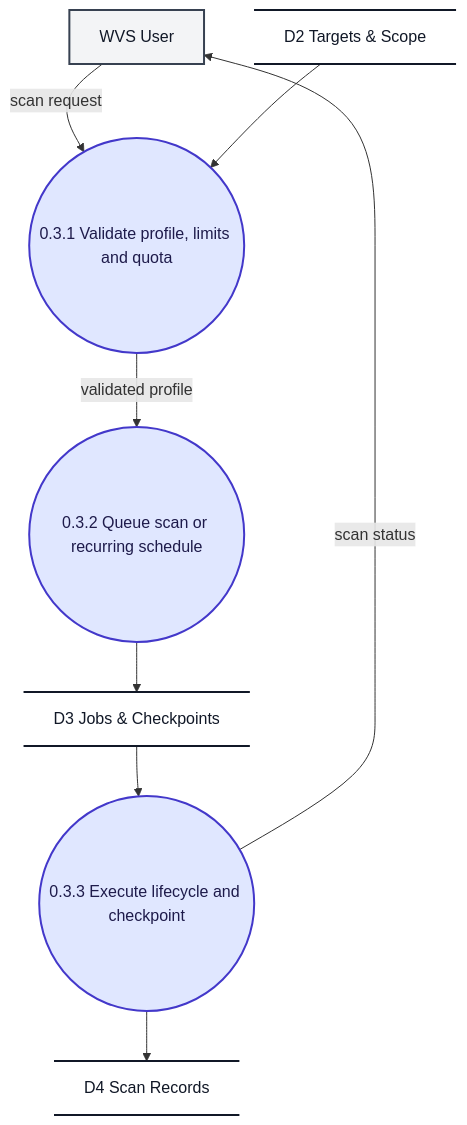
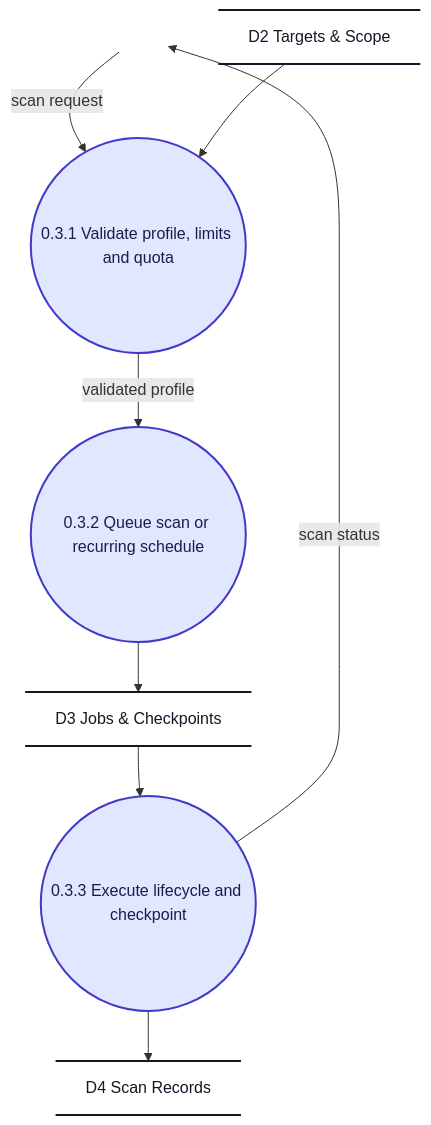
The fifth of 11 diagrams in docs/dfd/Website_Vulnerability_Scanner_DFD.md (ksacheth/software-engineering), drawn with Mermaid before and after one commit. The commit also changed other lines of this file and 19 other files, not shown here.

First line of the commit message:
docs(dfd): align level-2 DFDs and report format with textbook and peer reference

````diff
--- a/docs/dfd/Website_Vulnerability_Scanner_DFD.md
+++ b/docs/dfd/Website_Vulnerability_Scanner_DFD.md
@@ -223,28 +220,26 @@
 ```mermaid
 flowchart TD
-    %% Level 2 DFD - F.3 Scan Configuration and Execution
 
-    User["WVS User"]
+    B_User[" "]
     P31(("0.3.1 Validate profile, limits and quota"))
     P32(("0.3.2 Queue scan or recurring schedule"))
     P33(("0.3.3 Execute lifecycle and checkpoint"))
     D2@{ shape: datastore, label: "D2 Targets & Scope" }
     D3@{ shape: datastore, label: "D3 Jobs & Checkpoints" }
     D4@{ shape: datastore, label: "D4 Scan Records" }
 
-    User -->|"scan request"| P31
-    P33 -->|"scan status"| User
+    B_User -->|"scan request"| P31
+    P33 -->|"scan status"| B_User
     P31 -->|"validated profile"| P32
     D2 --> P31
     P32 --> D3
     D3 --> P33
     P33 --> D4
 
-    %% Styling
     classDef process fill:#e0e7ff,stroke:#4338ca,stroke-width:2px,color:#1e1b4b;
-    classDef entity fill:#f3f4f6,stroke:#374151,stroke-width:2px,color:#111827;
     classDef store fill:transparent,stroke:#111827,stroke-width:2px,color:#111827;
+    classDef boundary fill:transparent,stroke:transparent,color:transparent;
     class P31,P32,P33 process;
-    class User entity;
     class D2,D3,D4 store;
+    class B_User boundary;
 ```
````
